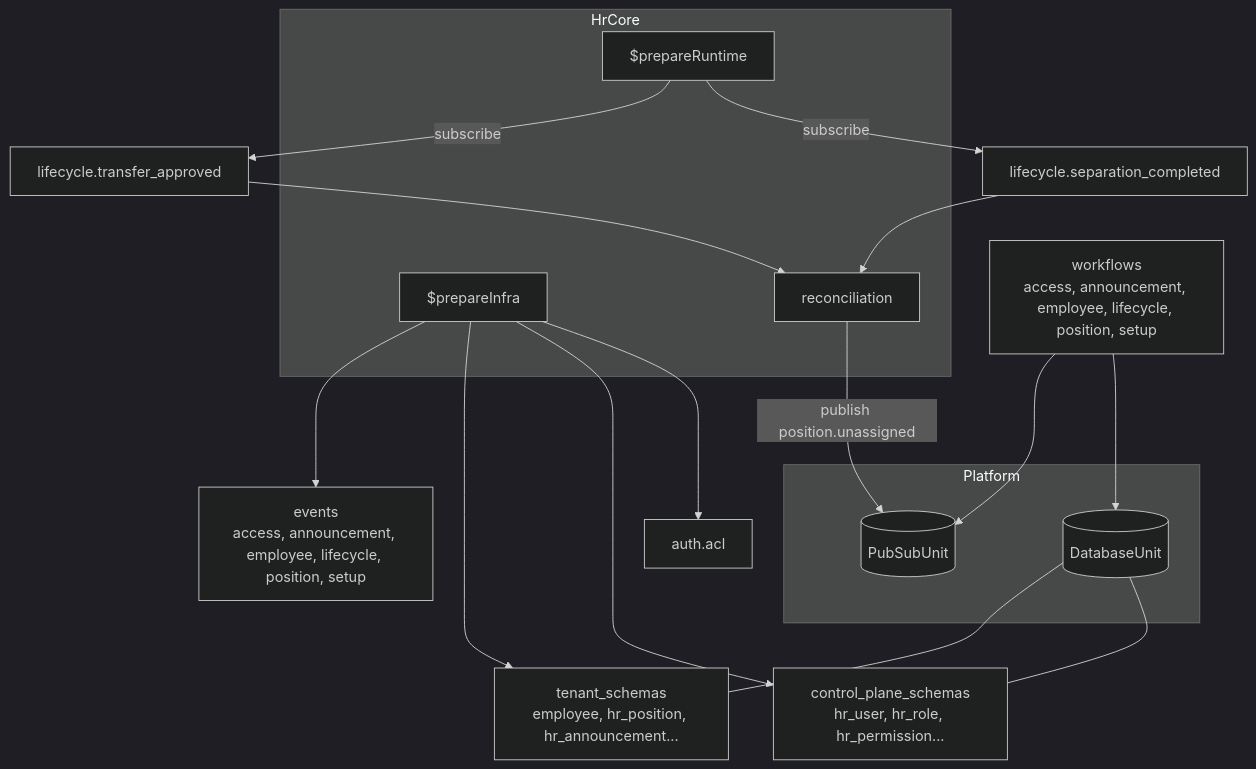
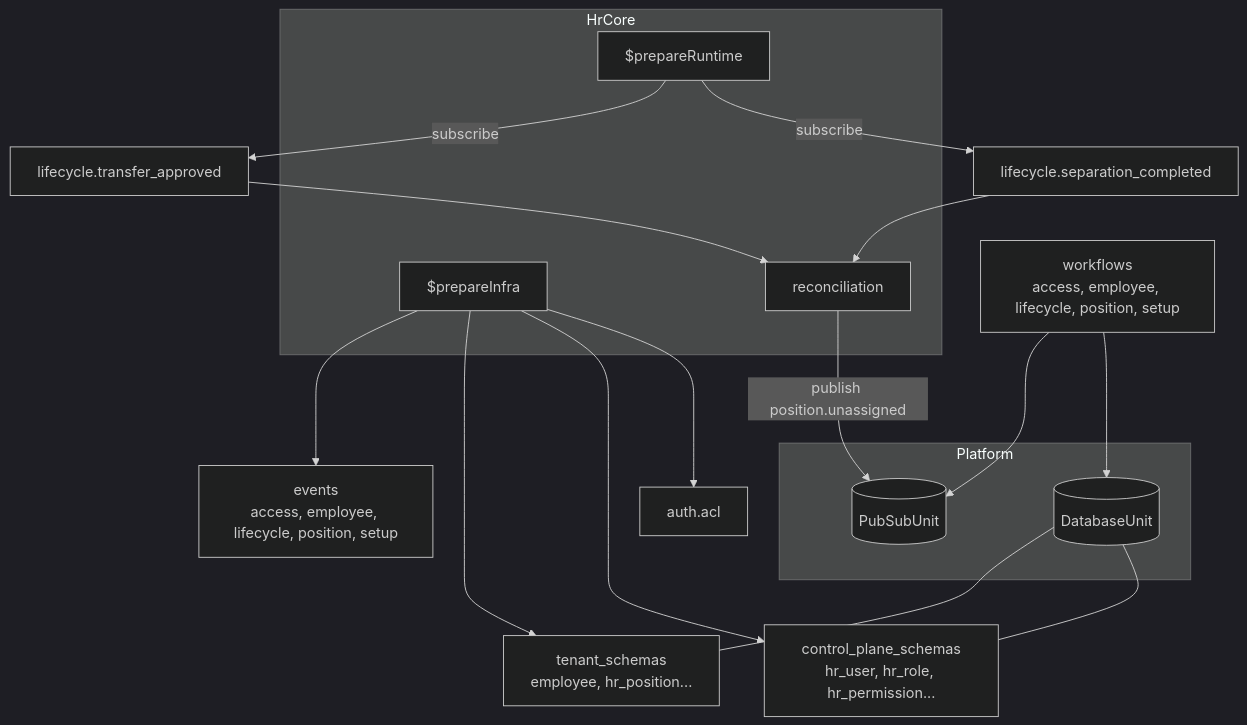
The first of 2 diagrams in packages/hr-core/docs/overview.mdx (AdityaBorkar/aspen-os), drawn with Mermaid (dark theme) before and after one commit. The commit also changed other lines of this file and 62 other files, not shown here.

````diff
--- a/packages/hr-core/docs/overview.mdx
+++ b/packages/hr-core/docs/overview.mdx
@@ -40,29 +40,29 @@
 ```mermaid
 flowchart TB
   subgraph platform[Platform]
     DB[(DatabaseUnit)]
     PS[(PubSubUnit)]
   end
 
   subgraph hrCore[HrCore]
     PI[$prepareInfra]
     PR[$prepareRuntime]
     RC[reconciliation]
   end
 
   PI --> ACL[auth.acl]
   PI --> CP[control_plane_schemas\nhr_user, hr_role, hr_permission...]
-  PI --> TS[tenant_schemas\nemployee, hr_position, hr_announcement...]
-  PI --> EV[events\naccess, announcement, employee, lifecycle, position, setup]
+  PI --> TS[tenant_schemas\nemployee, hr_position...]
+  PI --> EV[events\naccess, employee, lifecycle, position, setup]
 
   PR -->|subscribe| LC_SEP[lifecycle.separation_completed]
   PR -->|subscribe| LC_TR[lifecycle.transfer_approved]
   LC_SEP --> RC -->|publish position.unassigned| PS
   LC_TR --> RC
 
-  HR_CORE_WORKFLOWS[workflows\naccess, announcement, employee, lifecycle, position, setup] --> DB
+  HR_CORE_WORKFLOWS[workflows\naccess, employee, lifecycle, position, setup] --> DB
   HR_CORE_WORKFLOWS --> PS
 
   DB --- CP
   DB --- TS
 ```
````
